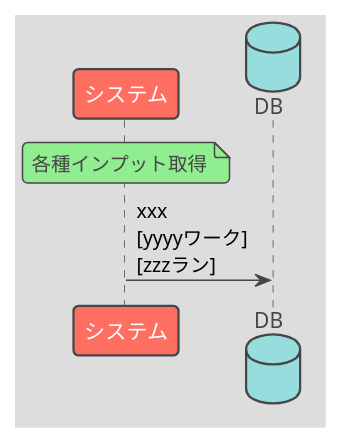
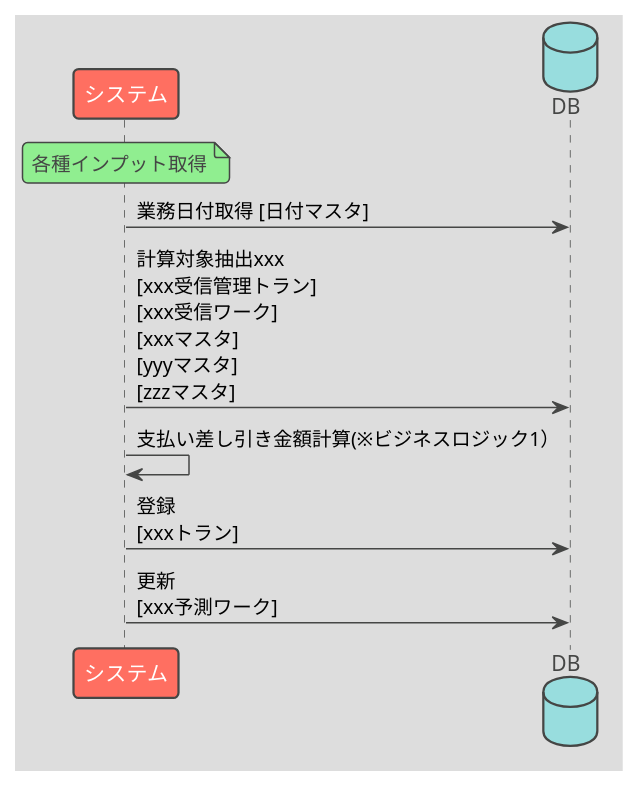
The diagram in documents/forMarkdown/プログラム設計書.md (future-architect/coding-standards), drawn with PlantUML before and after one commit. The commit also changed other lines of this file, not shown here.

````diff
--- a/documents/forMarkdown/プログラム設計書.md
+++ b/documents/forMarkdown/プログラム設計書.md
@@ -10,13 +10,17 @@
 ```plantuml
 @startuml
 !theme toy
 
 participant システム
 database DB
 
 note over システム: 各種インプット取得
 
-システム -> DB: xxx\n[yyyyワーク]\n[zzzラン]
+システム -> DB: 業務日付取得 [日付マスタ]
+システム -> DB: 計算対象抽出xxx\n[xxx受信管理トラン]\n[xxx受信ワーク]\n[xxxマスタ]\n[yyyマスタ]\n[zzzマスタ]
+システム -> システム: 支払い差し引き金額計算(※ビジネスロジック1）
+システム -> DB: 登録\n[xxxトラン]
+システム -> DB: 更新\n[xxx予測ワーク]
 
 @enduml
 ```
````
